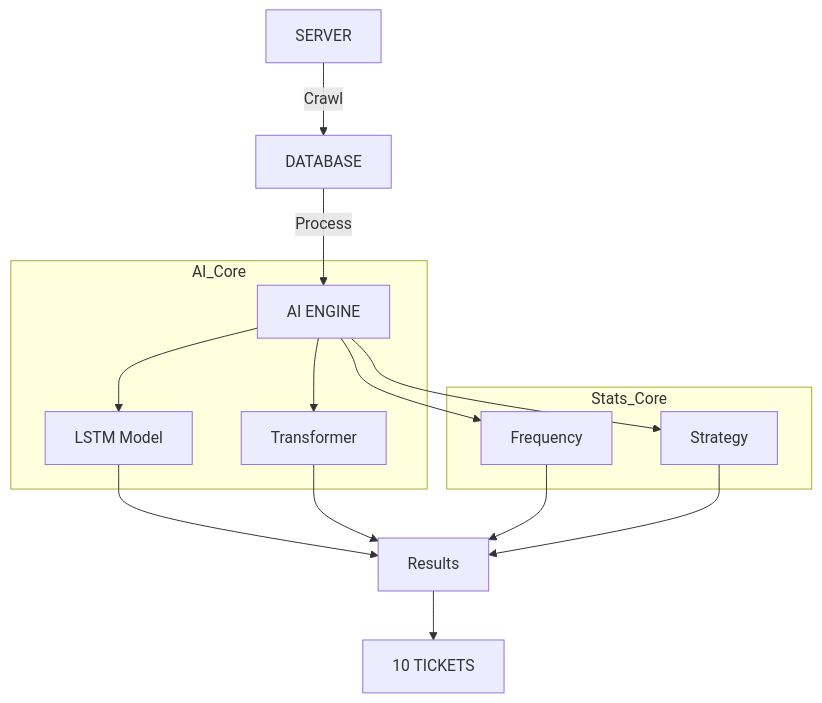
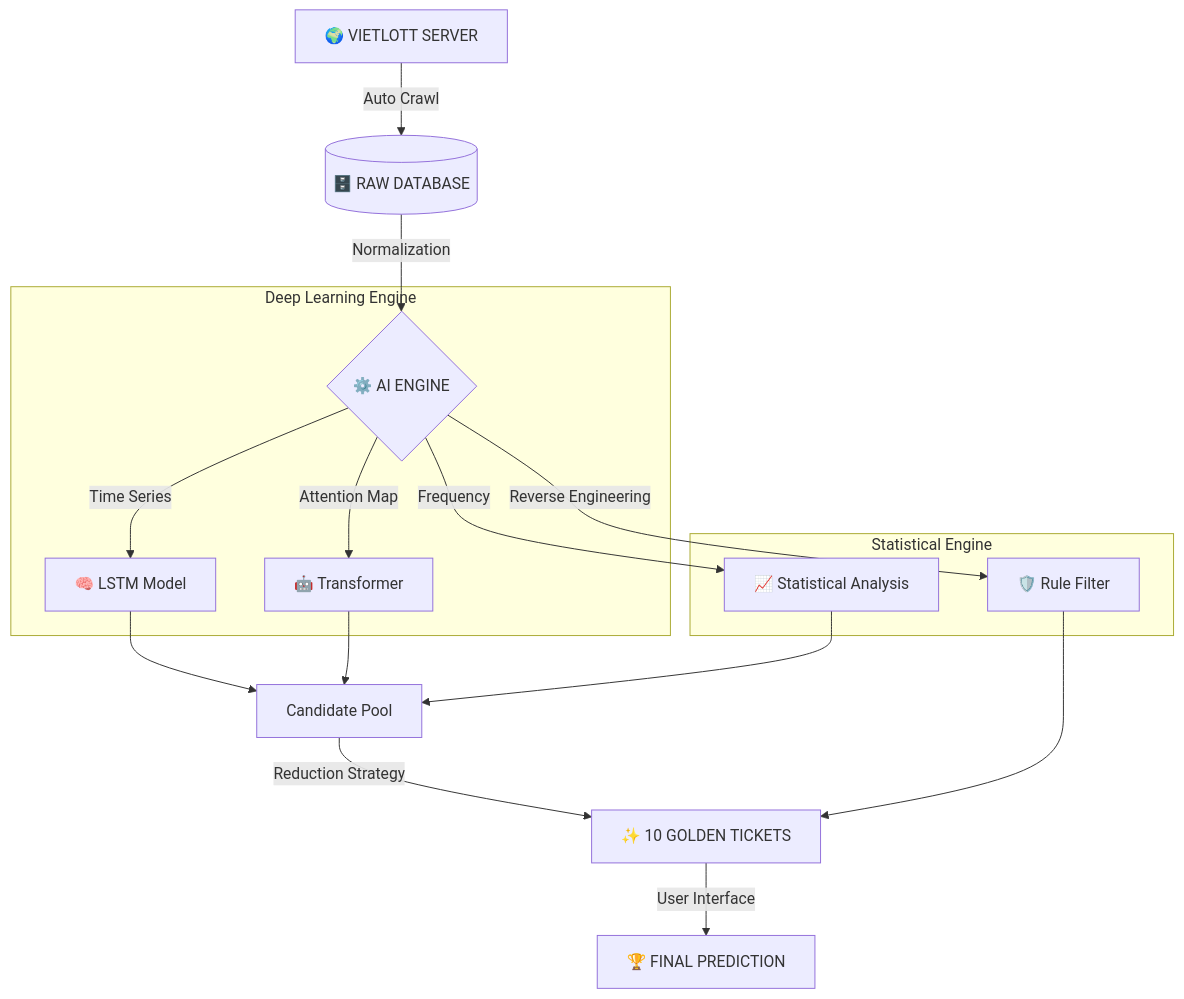
The diagram in readme.md (vandang890615/vietlott), drawn with Mermaid before and after one commit. The commit also changed other lines of this file, not shown here.

````diff
--- a/readme.md
+++ b/readme.md
@@ -48,22 +54,23 @@
 ```mermaid
 graph TD
-    A[SERVER] -->|Crawl| B[DATABASE]
-    B -->|Process| C[AI ENGINE]
+    A[🌍 VIETLOTT SERVER] -->|Auto Crawl| B[(🗄️ RAW DATABASE)]
+    B -->|Normalization| C{⚙️ AI ENGINE}
     
-    subgraph AI_Core
-    C --> D[LSTM Model]
-    C --> E[Transformer]
+    subgraph "Deep Learning Engine"
+    C -->|Time Series| D[🧠 LSTM Model]
+    C -->|Attention Map| E[🤖 Transformer]
     end
     
-    subgraph Stats_Core
-    C --> F[Frequency]
-    C --> G[Strategy]
+    subgraph "Statistical Engine"
+    C -->|Frequency| F[📈 Statistical Analysis]
+    C -->|Reverse Engineering| G[🛡️ Rule Filter]
     end
     
-    D --> H[Results]
+    D --> H[Candidate Pool]
     E --> H
     F --> H
-    G --> H
     
-    H --> I[10 TICKETS]
+    H -->|Reduction Strategy| I[✨ 10 GOLDEN TICKETS]
+    G --> I
+    I -->|User Interface| J[🏆 FINAL PREDICTION]
 ```
````
